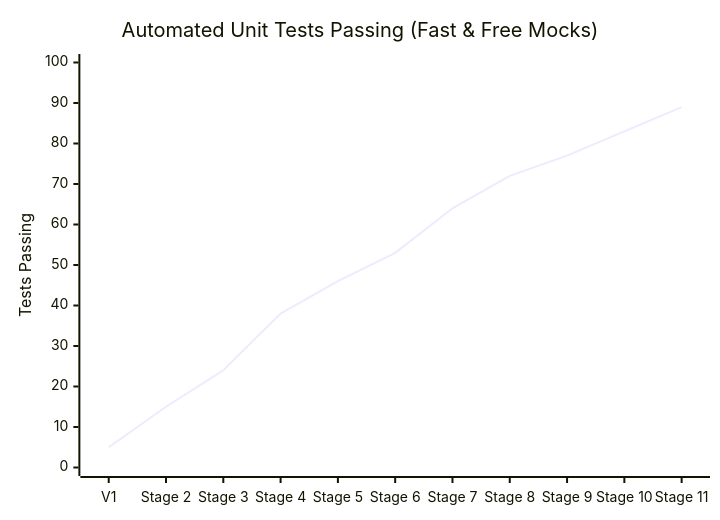
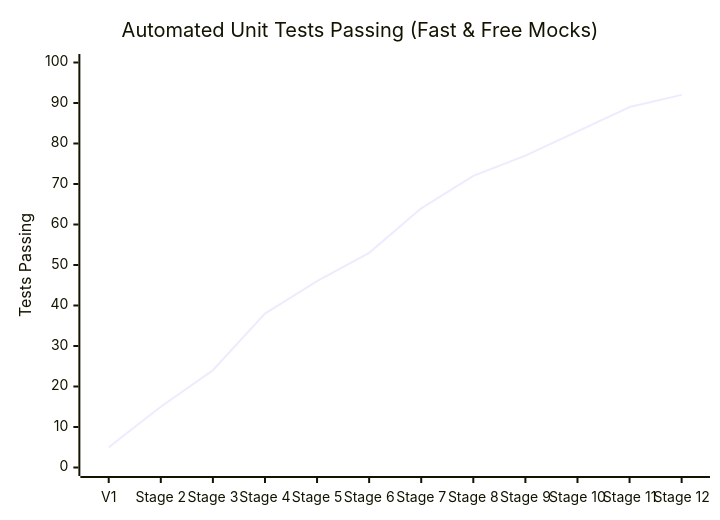
The second of 3 diagrams in METRICS.md (Rx4445/job-agent-), drawn with Mermaid before and after one commit. The commit also changed other lines of this file and 5 other files, not shown here.

Commit message:
feat: implement stage 12 production end-to-end evaluation benchmark and complete 12-stage roadmap

````diff
--- a/METRICS.md
+++ b/METRICS.md
@@ -19,7 +19,7 @@
 ```mermaid
 xychart-beta
     title "Automated Unit Tests Passing (Fast & Free Mocks)"
-    x-axis ["V1", "Stage 2", "Stage 3", "Stage 4", "Stage 5", "Stage 6", "Stage 7", "Stage 8", "Stage 9", "Stage 10", "Stage 11"]
+    x-axis ["V1", "Stage 2", "Stage 3", "Stage 4", "Stage 5", "Stage 6", "Stage 7", "Stage 8", "Stage 9", "Stage 10", "Stage 11", "Stage 12"]
     y-axis "Tests Passing" 0 --> 100
-    line [5, 15, 24, 38, 46, 53, 64, 72, 77, 83, 89]
+    line [5, 15, 24, 38, 46, 53, 64, 72, 77, 83, 89, 92]
 ```
````
